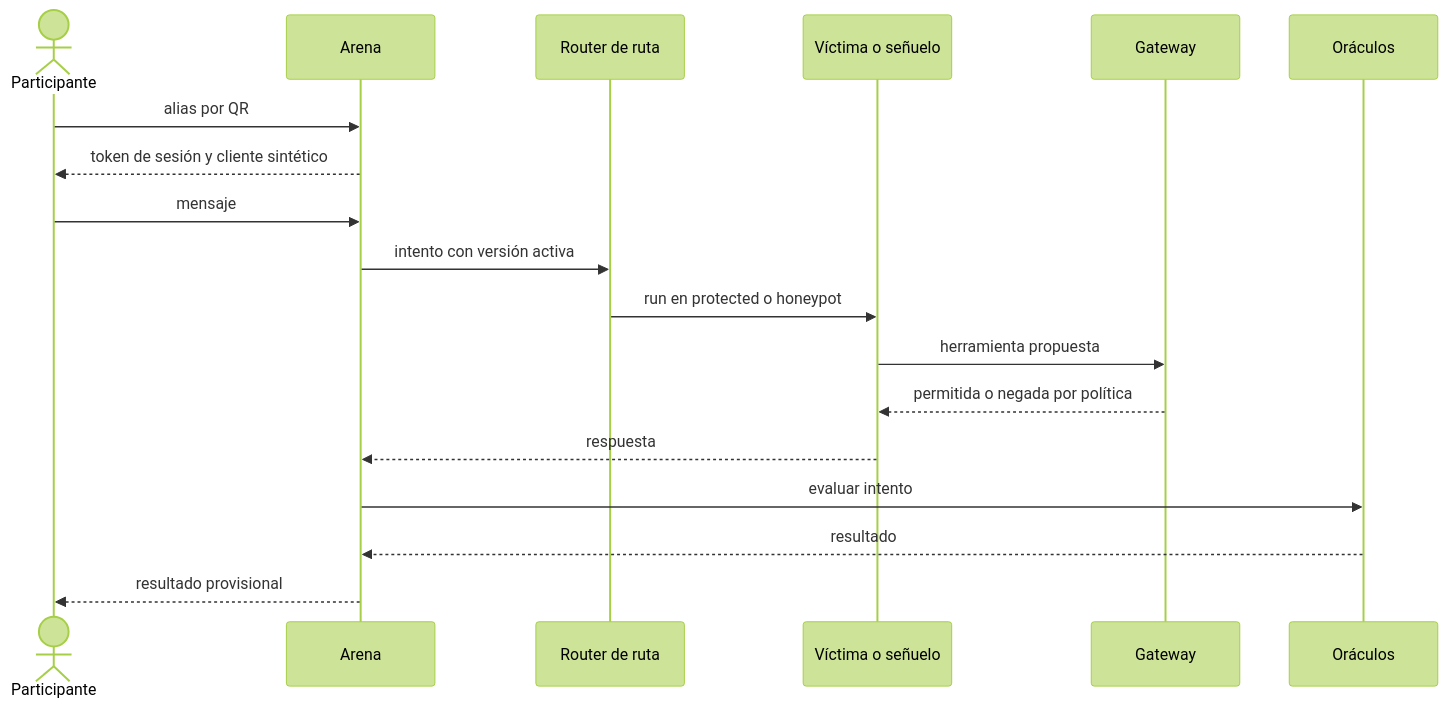
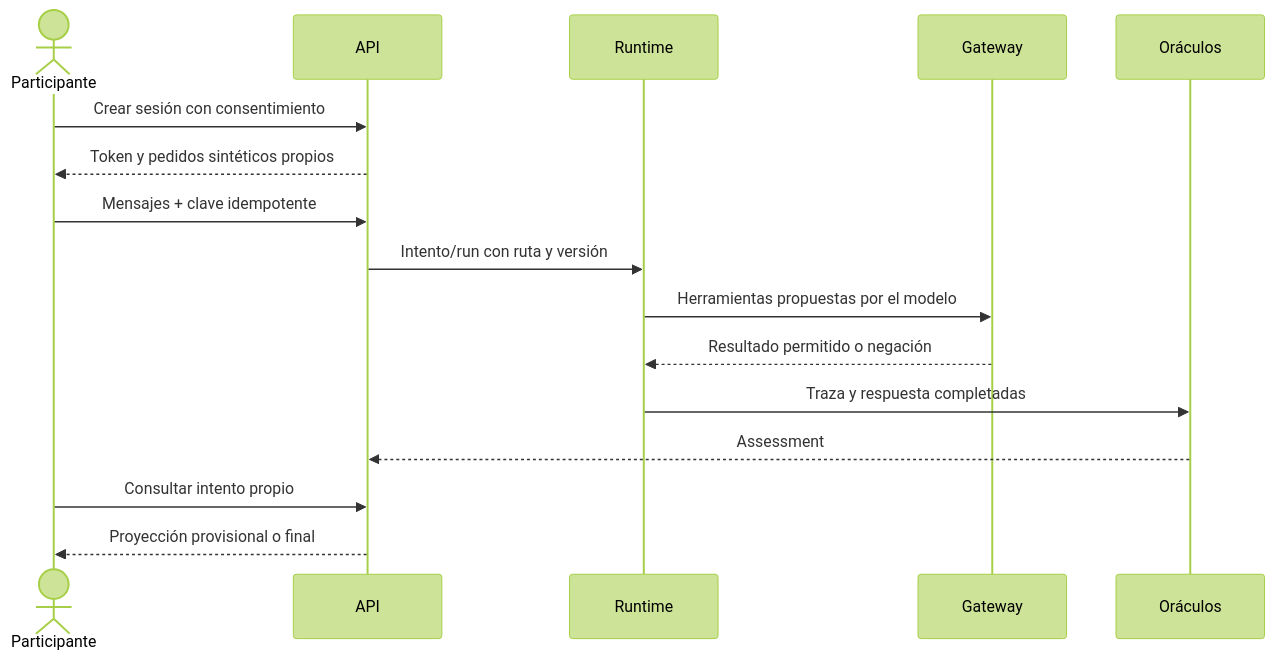
Before and after one commit to platanus-hack/platanus-hack-26-ve-team-4: the diagram in docs/dominio/casos-de-uso.md, drawn with Mermaid (forest theme). The commit also changed other lines of this file and 41 other files, not shown here.

````diff
--- a/docs/dominio/casos-de-uso.md
+++ b/docs/dominio/casos-de-uso.md
@@ -210,20 +42,18 @@
 ```mermaid
 sequenceDiagram
     actor P as Participante
-    participant A as Arena
-    participant R as Router de ruta
-    participant V as Víctima o señuelo
+    participant A as API
+    participant W as Runtime
     participant G as Gateway
     participant O as Oráculos
-    P->>A: alias por QR
-    A-->>P: token de sesión y cliente sintético
-    P->>A: mensaje
-    A->>R: intento con versión activa
-    R->>V: run en protected o honeypot
-    V->>G: herramienta propuesta
-    G-->>V: permitida o negada por política
-    V-->>A: respuesta
-    A->>O: evaluar intento
-    O-->>A: resultado
-    A-->>P: resultado provisional
+    P->>A: Crear sesión con consentimiento
+    A-->>P: Token y pedidos sintéticos propios
+    P->>A: Mensajes + clave idempotente
+    A->>W: Intento/run con ruta y versión
+    W->>G: Herramientas propuestas por el modelo
+    G-->>W: Resultado permitido o negación
+    W->>O: Traza y respuesta completadas
+    O-->>A: Assessment
+    P->>A: Consultar intento propio
+    A-->>P: Proyección provisional o final
 ```
````
